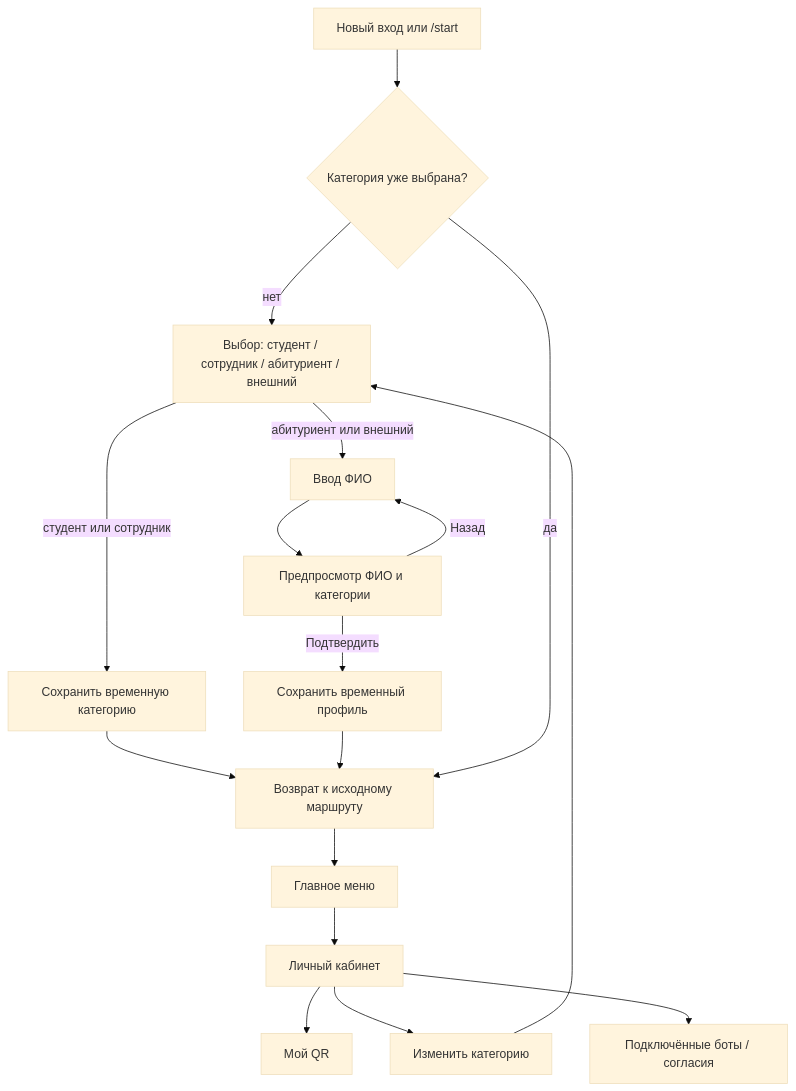
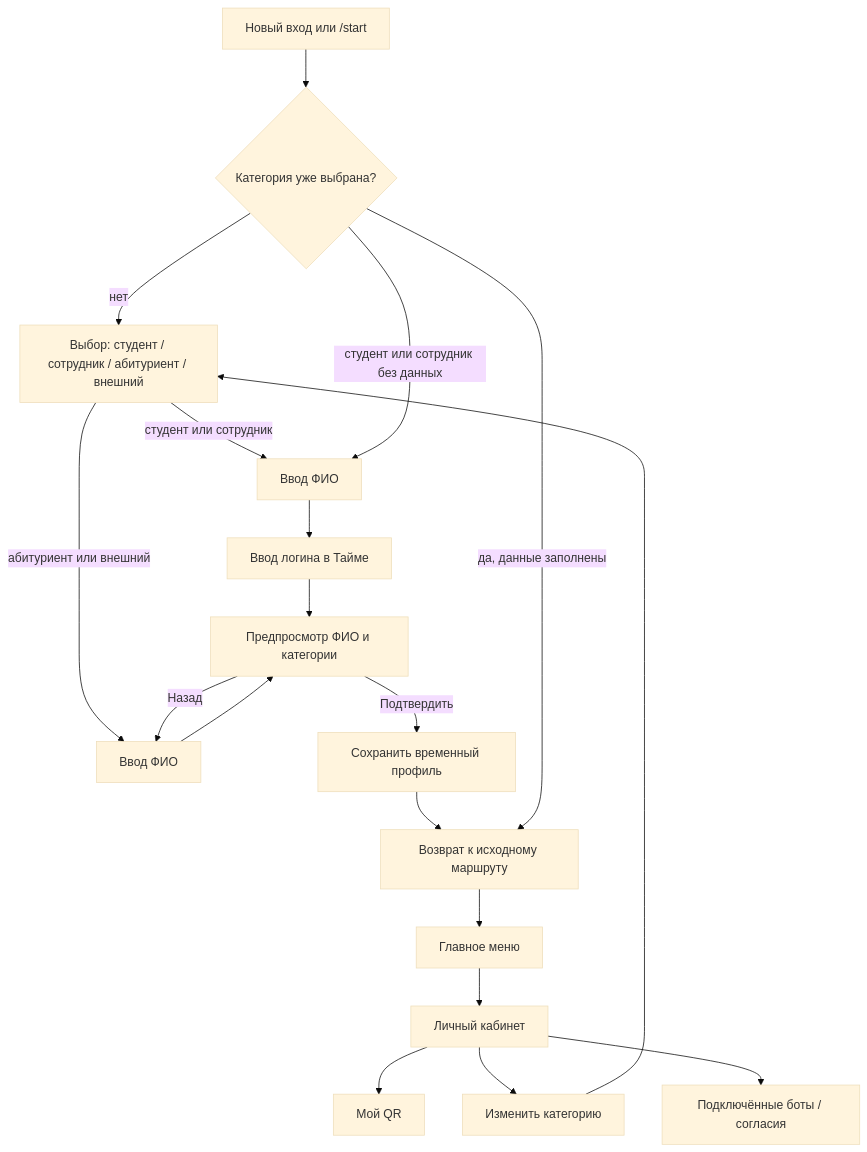
One commit to JediKitten/cu-clubs-bot changed the first of 6 diagrams in docs/ux-map.md. Above: the diagram before and after it, drawn with Mermaid (base theme). The commit also changed other lines of this file and 22 other files, not shown here.

````diff
--- a/docs/ux-map.md
+++ b/docs/ux-map.md
@@ -16,19 +16,21 @@
 ```mermaid
 flowchart TD
     A[Новый вход или /start] --> B{Категория уже выбрана?}
     B -- нет --> C[Выбор: студент / сотрудник / абитуриент / внешний]
-    C -- студент или сотрудник --> D[Сохранить временную категорию]
+    C -- студент или сотрудник --> N[Ввод ФИО]
+    N --> D[Ввод логина в Тайме]
+    D --> F
     C -- абитуриент или внешний --> E[Ввод ФИО]
     E --> F[Предпросмотр ФИО и категории]
     F -- Назад --> E
     F -- Подтвердить --> G[Сохранить временный профиль]
-    D --> H[Возврат к исходному маршруту]
-    G --> H
-    B -- да --> H
+    G --> H[Возврат к исходному маршруту]
+    B -- да, данные заполнены --> H
+    B -- студент или сотрудник без данных --> N
     H --> I[Главное меню]
     I --> J[Личный кабинет]
     J --> K[Мой QR]
     J --> L[Изменить категорию]
     L --> C
     J --> M[Подключённые боты / согласия]
 ```
````
